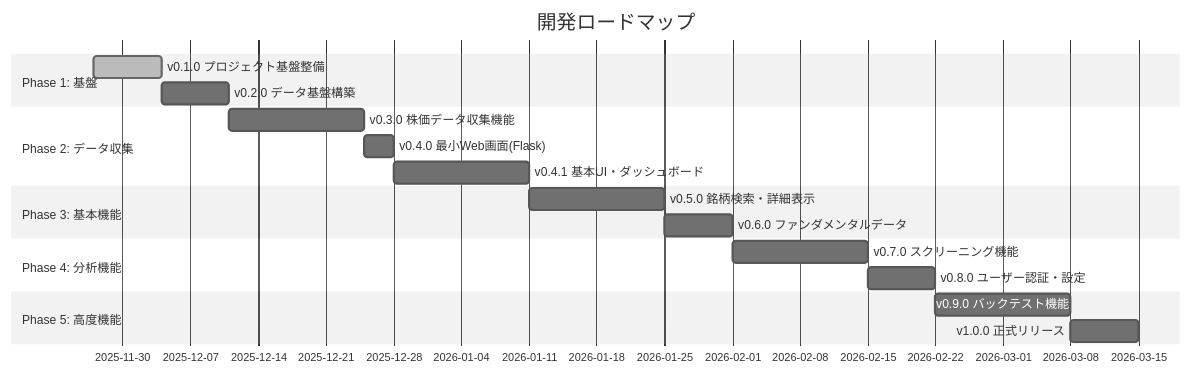
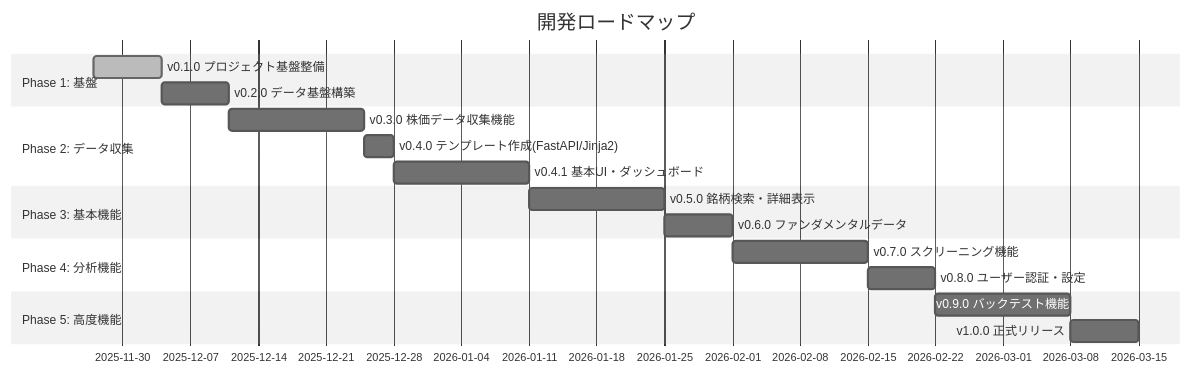
Before and after one commit to develop-nti-0902/STOCK-INVESTMENT-ANALYZER: the first of 2 diagrams in docs/tasks/milestones.md, drawn with Mermaid (neutral theme). The commit also changed other lines of this file and 1 other file, not shown here.

Commit message:
Update milestones and issues for v0.4.0: Transition from Flask to FastAPI/Jinja2 template creation, revise UI components, and adjust documentation accordingly.

````diff
--- a/docs/tasks/milestones.md
+++ b/docs/tasks/milestones.md
@@ -59,25 +59,25 @@
 ```mermaid
 gantt
     title 開発ロードマップ
     dateFormat YYYY-MM-DD
     section Phase 1: 基盤
     v0.1.0 プロジェクト基盤整備     :done, v01, 2025-11-27, 1w
     v0.2.0 データ基盤構築           :v02, after v01, 1w
 
     section Phase 2: データ収集
     v0.3.0 株価データ収集機能       :v03, after v02, 2w
-    v0.4.0 最小Web画面(Flask)      :v04, after v03, 3d
+    v0.4.0 テンプレート作成(FastAPI/Jinja2)      :v04, after v03, 3d
     v0.4.1 基本UI・ダッシュボード    :v041, after v04, 2w
 
     section Phase 3: 基本機能
     v0.5.0 銘柄検索・詳細表示       :v05, after v041, 2w
     v0.6.0 ファンダメンタルデータ   :v06, after v05, 1w
 
     section Phase 4: 分析機能
     v0.7.0 スクリーニング機能       :v07, after v06, 2w
     v0.8.0 ユーザー認証・設定       :v08, after v07, 1w
 
     section Phase 5: 高度機能
     v0.9.0 バックテスト機能         :v09, after v08, 2w
     v1.0.0 正式リリース             :v10, after v09, 1w
 ```
````
